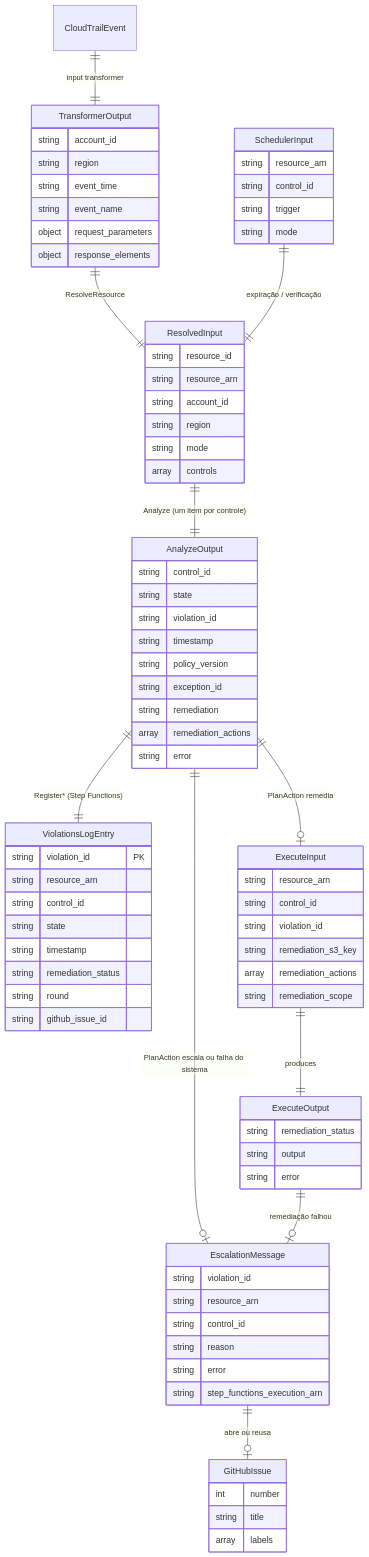
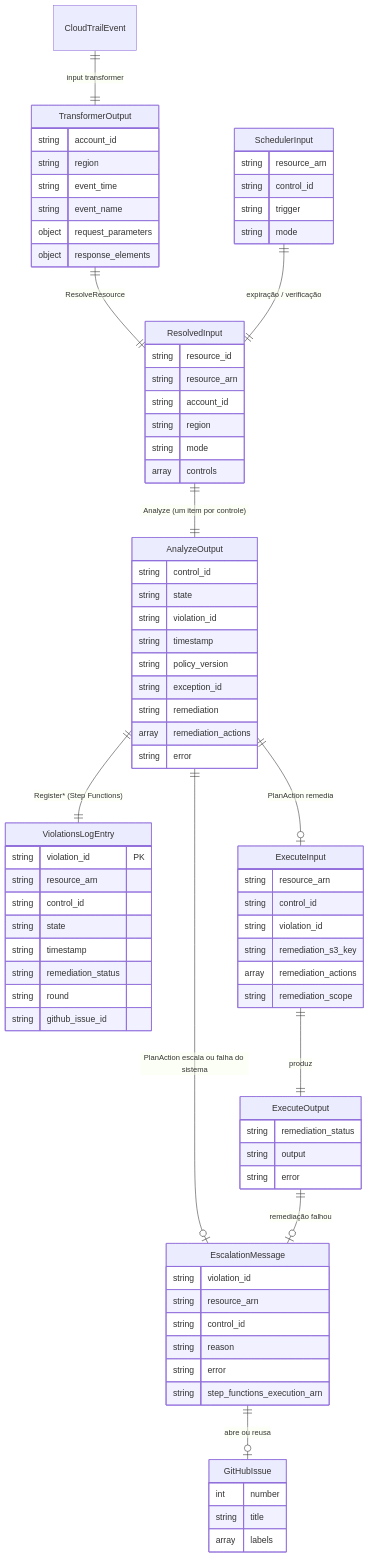
One commit to ricardoandreh/compliance-loop changed the fourth of 6 diagrams in .kiro/specs/mvp-compliance-automation-loop/design.md. Above: the diagram before and after it, drawn with Mermaid. The commit also changed other lines of this file and 2 other files, not shown here.

First line of the commit message:
write the design in Portuguese: headings, properties, labels and diagrams

```diff
--- a/.kiro/specs/mvp-compliance-automation-loop/design.md
+++ b/.kiro/specs/mvp-compliance-automation-loop/design.md
@@ -1029,7 +1029,7 @@
     ResolvedInput ||--|| AnalyzeOutput : "Analyze (um item por controle)"
     AnalyzeOutput ||--|| ViolationsLogEntry : "Register* (Step Functions)"
     AnalyzeOutput ||--o| ExecuteInput : "PlanAction remedia"
-    ExecuteInput ||--|| ExecuteOutput : produces
+    ExecuteInput ||--|| ExecuteOutput : "produz"
     AnalyzeOutput ||--o| EscalationMessage : "PlanAction escala ou falha do sistema"
     ExecuteOutput ||--o| EscalationMessage : "remediação falhou"
     EscalationMessage ||--o| GitHubIssue : "abre ou reusa"
```
